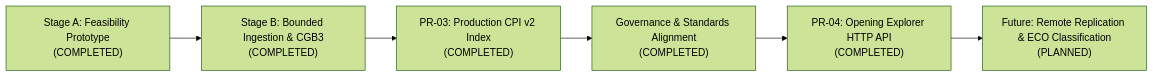
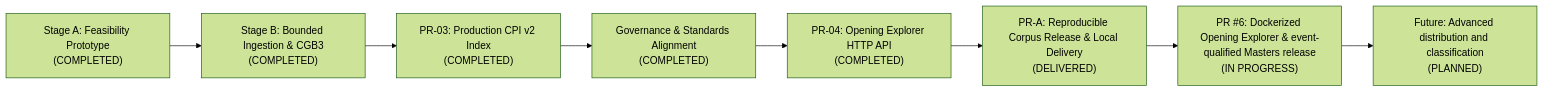
The diagram in docs/ROADMAP.md (Nerver-zip/chess-database-api), drawn with Mermaid (forest theme) before and after one commit. The commit also changed other lines of this file and 94 other files, not shown here.

First line of the commit message:
feat(data): build reproducible Masters and Elite corpus releases (#6)

````diff
--- a/docs/ROADMAP.md
+++ b/docs/ROADMAP.md
@@ -15,8 +15,10 @@
 ```mermaid
 flowchart LR
     M1["Stage A: Feasibility Prototype<br/>(COMPLETED)"] --> M2["Stage B: Bounded Ingestion & CGB3<br/>(COMPLETED)"]
     M2 --> M3["PR-03: Production CPI v2 Index<br/>(COMPLETED)"]
     M3 --> M4["Governance & Standards Alignment<br/>(COMPLETED)"]
     M4 --> M5["PR-04: Opening Explorer HTTP API<br/>(COMPLETED)"]
-    M5 --> M6["Future: Remote Replication & ECO Classification<br/>(PLANNED)"]
+    M5 --> M5b["PR-A: Reproducible Corpus Release & Local Delivery<br/>(DELIVERED)"]
+    M5b --> M5c["PR #6: Dockerized Opening Explorer & event-qualified Masters release<br/>(IN PROGRESS)"]
+    M5c --> M6["Future: Advanced distribution and classification<br/>(PLANNED)"]
 ```
````
